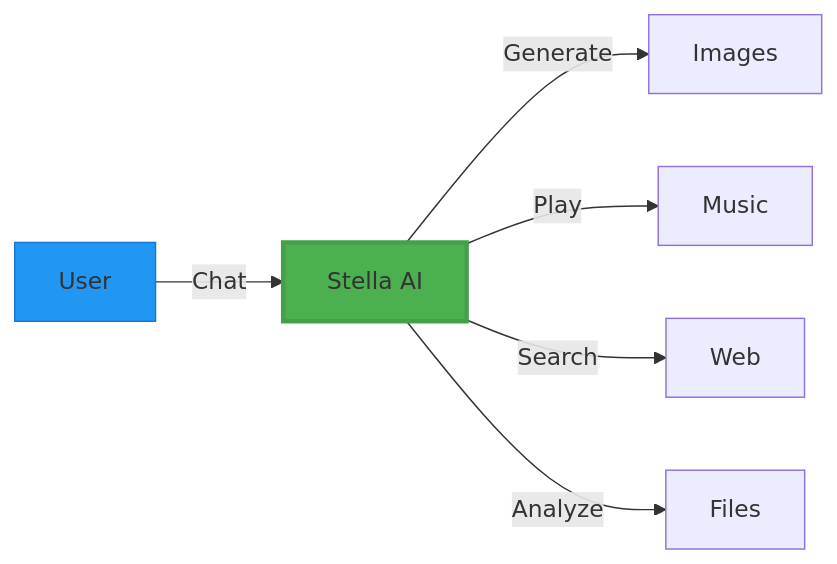
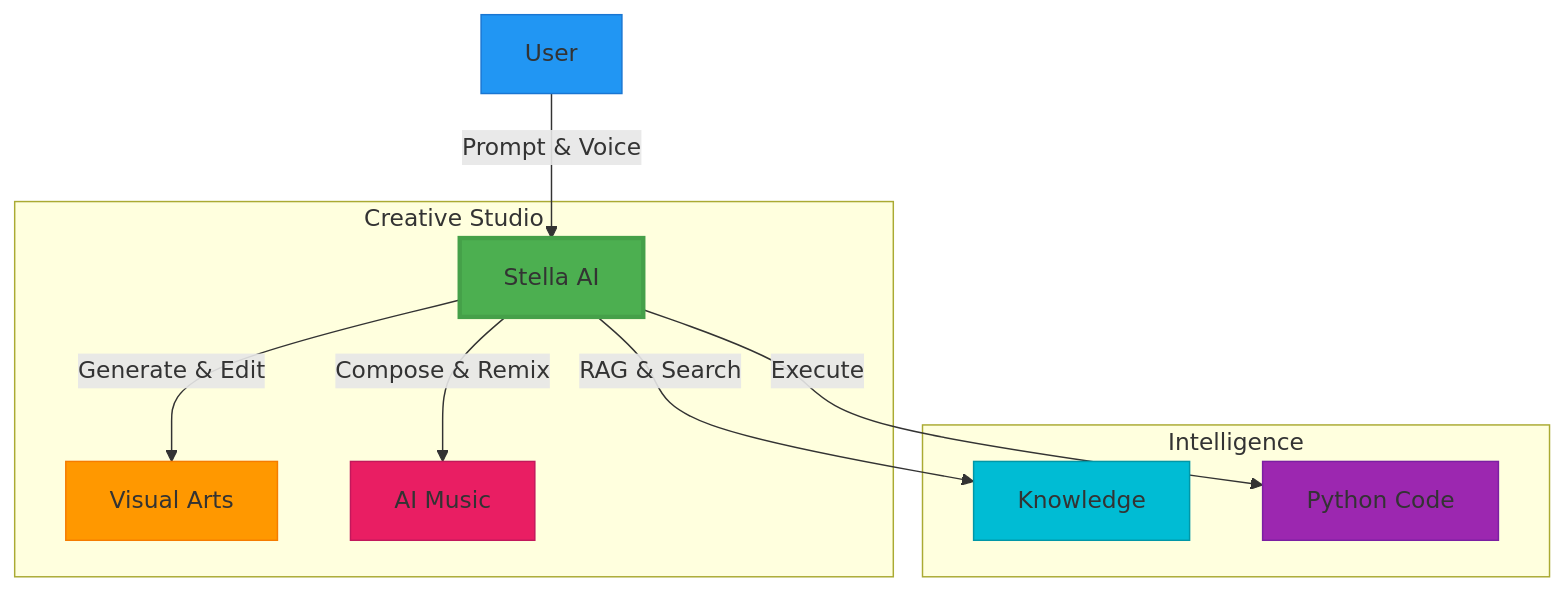
One commit to Chunn241529/FourTAgent changed the first of 2 diagrams in README.md. Above: the diagram before and after it, drawn with Mermaid.

````diff
--- a/README.md
+++ b/README.md
@@ -54,10 +54,21 @@
 ```mermaid
-graph LR
-    A[User] -->|Chat| B[Stella AI]
-    B -->|Generate| C[Images]
-    B -->|Play| D[Music]
-    B -->|Search| E[Web]
-    B -->|Analyze| F[Files]
+graph TD
+    A[User] -->|Prompt & Voice| B[Stella AI]
+    
+    subgraph "Creative Studio"
+        B -->|Generate & Edit| C[Visual Arts]
+        B -->|Compose & Remix| D[AI Music]
+    end
+    
+    subgraph "Intelligence"
+        B -->|RAG & Search| E[Knowledge]
+        B -->|Execute| F[Python Code]
+    end
+    
     style B fill:#4CAF50,stroke:#45a049,stroke-width:3px
     style A fill:#2196F3,stroke:#1976D2
+    style C fill:#FF9800,stroke:#F57C00
+    style D fill:#E91E63,stroke:#C2185B
+    style E fill:#00BCD4,stroke:#0097A7
+    style F fill:#9C27B0,stroke:#7B1FA2
 ```
````
